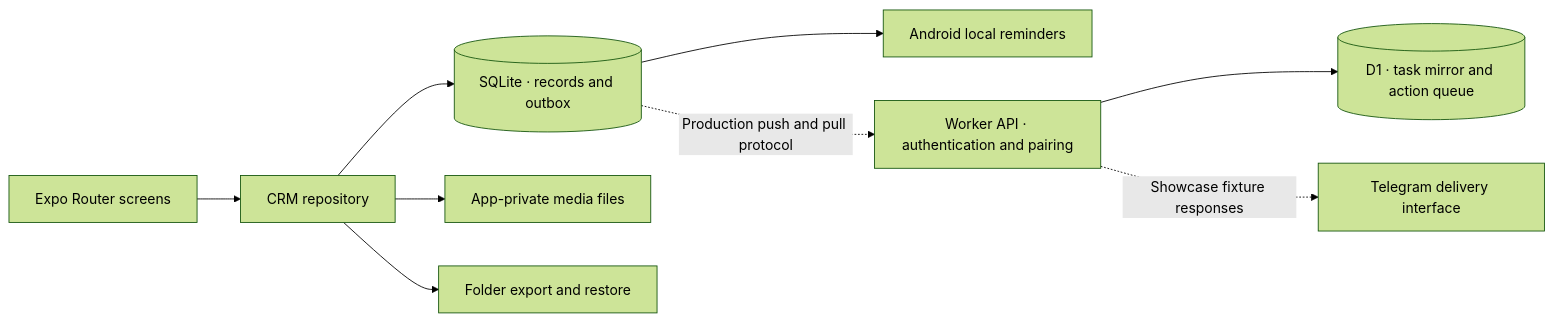
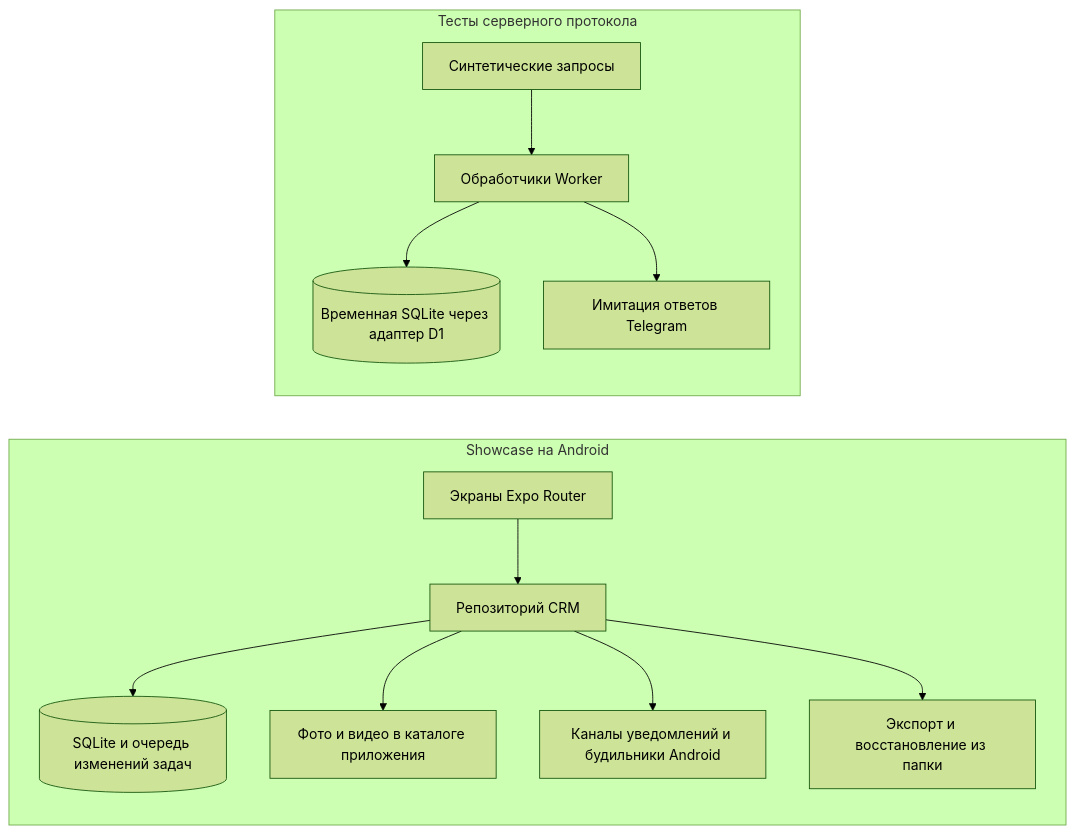
One commit to DKI62/AutoCRM-Showcase changed the diagram in README.md. Above: the diagram before and after it, drawn with Mermaid (forest theme). The commit also changed other lines of this file and 28 other files, not shown here.

````diff
--- a/README.md
+++ b/README.md
@@ -24,11 +41,16 @@
 ```mermaid
 flowchart LR
-    UI["Expo Router screens"] --> Repo["CRM repository"]
-    Repo --> DB[("SQLite · records and outbox")]
-    Repo --> Media["App-private media files"]
-    DB --> Reminders["Android local reminders"]
-    Repo --> Backup["Folder export and restore"]
-    DB -. "Production push and pull protocol" .-> Worker["Worker API · authentication and pairing"]
-    Worker --> D1[("D1 · task mirror and action queue")]
-    Worker -. "Showcase fixture responses" .-> Bot["Telegram delivery interface"]
+    subgraph Mobile ["Showcase на Android"]
+        Screens["Экраны Expo Router"] --> Repository["Репозиторий CRM"]
+        Repository --> SQLite[("SQLite и очередь изменений задач")]
+        Repository --> Media["Фото и видео в каталоге приложения"]
+        Repository --> Reminders["Каналы уведомлений и будильники Android"]
+        Repository --> Backup["Экспорт и восстановление из папки"]
+    end
+
+    subgraph Tests ["Тесты серверного протокола"]
+        Fixtures["Синтетические запросы"] --> Worker["Обработчики Worker"]
+        Worker --> D1[("Временная SQLite через адаптер D1")]
+        Worker --> FakeBot["Имитация ответов Telegram"]
+    end
 ```
````
